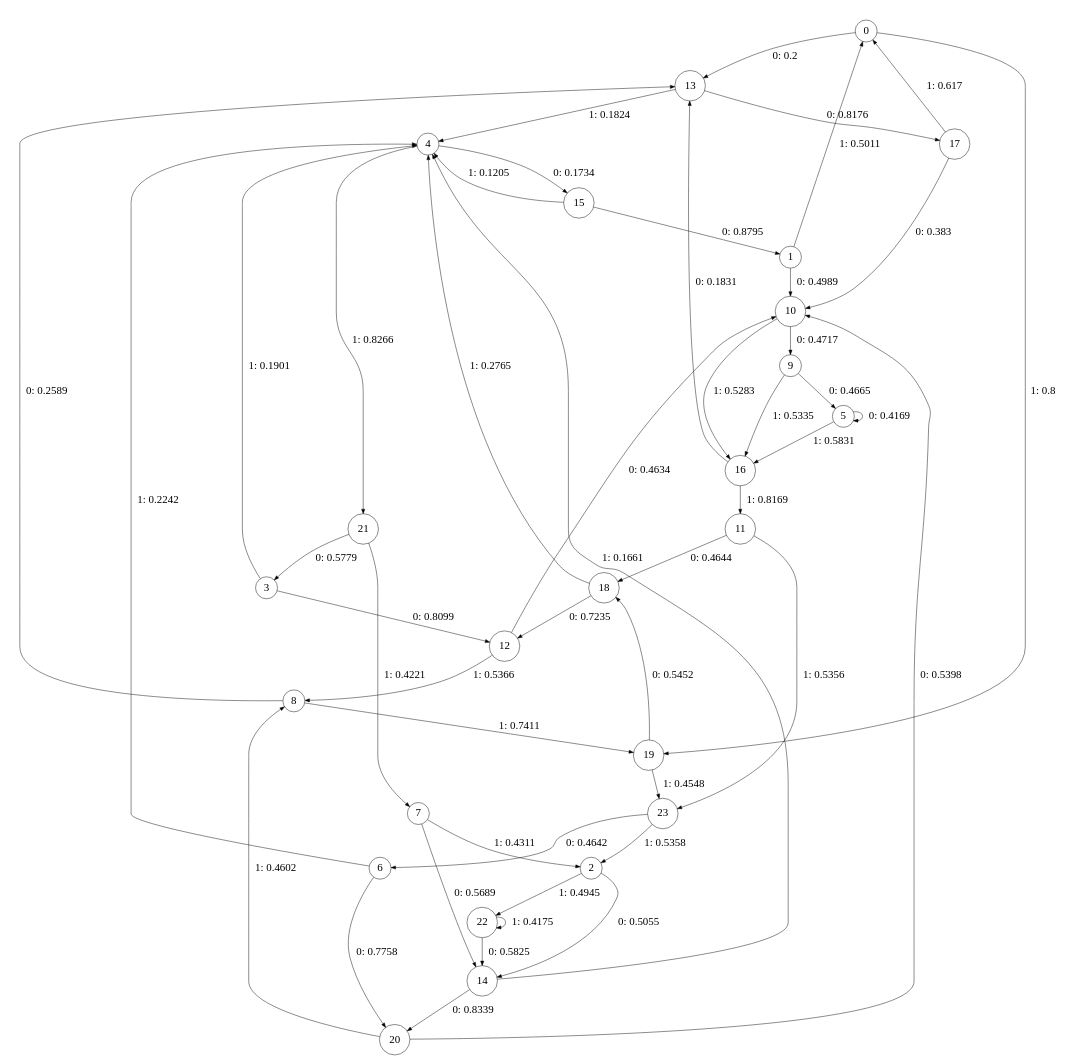
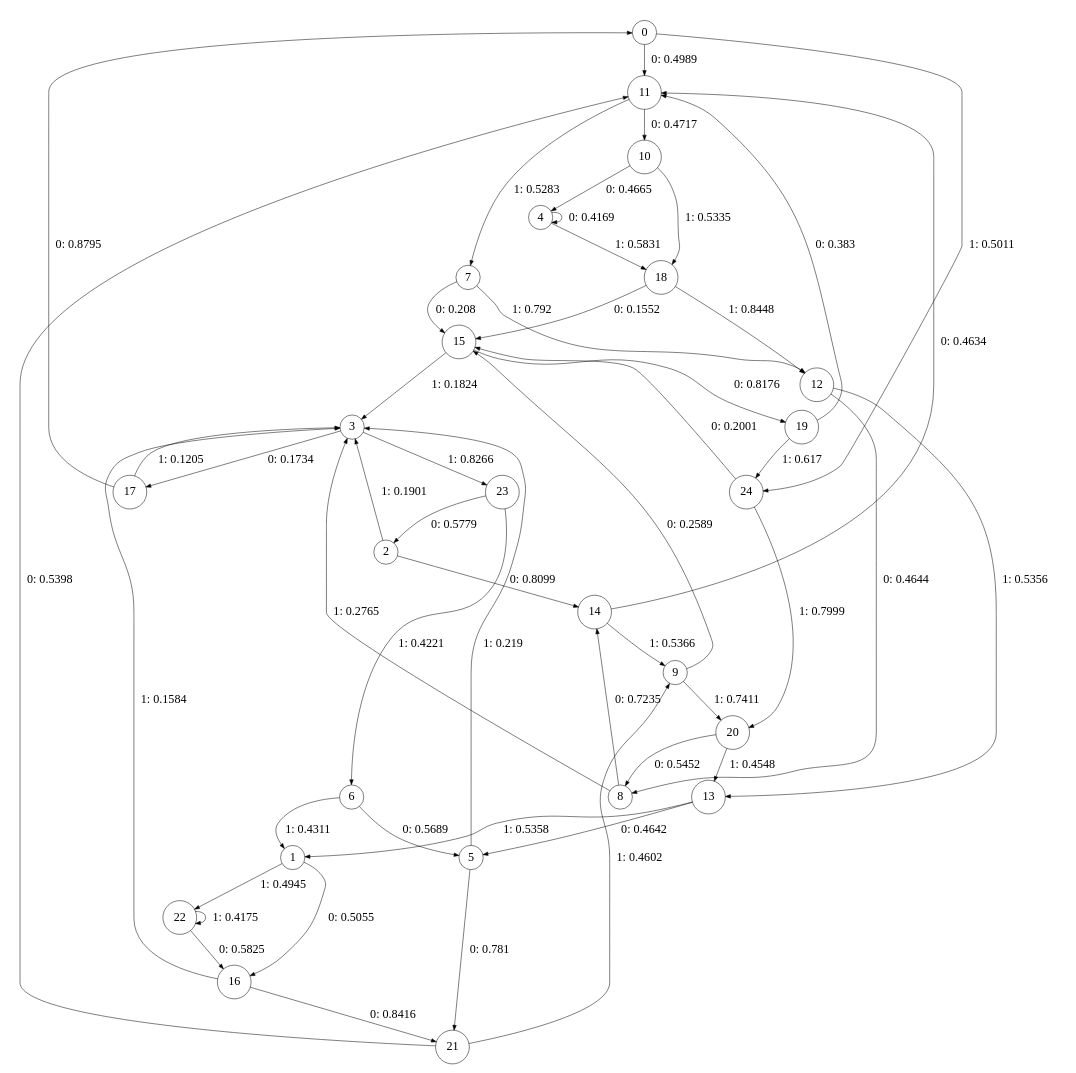
The diagram in cssr data/derivative split/phase 1/ch12faceL7_inf.dot (juliapaterson/summerproject), drawn with Graphviz before and after one commit. The commit also changed 1436 other files, not shown here.

```diff
--- a/cssr data/derivative split/phase 1/ch12faceL7_inf.dot
+++ b/cssr data/derivative split/phase 1/ch12faceL7_inf.dot
@@ -1,55 +1,57 @@
 digraph "ch12faceL7" {
 size = "6,8.5";
 ratio = "fill";
 node [shape = circle];
 node [fontsize = 24];
 edge [fontsize = 24];
-0 -> 13 [label = "0: 0.2      "];
-0 -> 19 [label = "1: 0.8      "];
-1 -> 10 [label = "0: 0.4989   "];
-1 -> 0 [label = "1: 0.5011   "];
-2 -> 14 [label = "0: 0.5055   "];
-2 -> 22 [label = "1: 0.4945   "];
-3 -> 12 [label = "0: 0.8099   "];
-3 -> 4 [label = "1: 0.1901   "];
-4 -> 15 [label = "0: 0.1734   "];
-4 -> 21 [label = "1: 0.8266   "];
-5 -> 5 [label = "0: 0.4169   "];
-5 -> 16 [label = "1: 0.5831   "];
-6 -> 20 [label = "0: 0.7758   "];
-6 -> 4 [label = "1: 0.2242   "];
-7 -> 14 [label = "0: 0.5689   "];
-7 -> 2 [label = "1: 0.4311   "];
-8 -> 13 [label = "0: 0.2589   "];
-8 -> 19 [label = "1: 0.7411   "];
-9 -> 5 [label = "0: 0.4665   "];
-9 -> 16 [label = "1: 0.5335   "];
-10 -> 9 [label = "0: 0.4717   "];
-10 -> 16 [label = "1: 0.5283   "];
-11 -> 18 [label = "0: 0.4644   "];
-11 -> 23 [label = "1: 0.5356   "];
-12 -> 10 [label = "0: 0.4634   "];
-12 -> 8 [label = "1: 0.5366   "];
-13 -> 17 [label = "0: 0.8176   "];
-13 -> 4 [label = "1: 0.1824   "];
-14 -> 20 [label = "0: 0.8339   "];
-14 -> 4 [label = "1: 0.1661   "];
-15 -> 1 [label = "0: 0.8795   "];
-15 -> 4 [label = "1: 0.1205   "];
-16 -> 13 [label = "0: 0.1831   "];
-16 -> 11 [label = "1: 0.8169   "];
-17 -> 10 [label = "0: 0.383    "];
-17 -> 0 [label = "1: 0.617    "];
-18 -> 12 [label = "0: 0.7235   "];
-18 -> 4 [label = "1: 0.2765   "];
-19 -> 18 [label = "0: 0.5452   "];
-19 -> 23 [label = "1: 0.4548   "];
-20 -> 10 [label = "0: 0.5398   "];
-20 -> 8 [label = "1: 0.4602   "];
-21 -> 3 [label = "0: 0.5779   "];
-21 -> 7 [label = "1: 0.4221   "];
-22 -> 14 [label = "0: 0.5825   "];
+0 -> 11 [label = "0: 0.4989   "];
+0 -> 24 [label = "1: 0.5011   "];
+1 -> 16 [label = "0: 0.5055   "];
+1 -> 22 [label = "1: 0.4945   "];
+2 -> 14 [label = "0: 0.8099   "];
+2 -> 3 [label = "1: 0.1901   "];
+3 -> 17 [label = "0: 0.1734   "];
+3 -> 23 [label = "1: 0.8266   "];
+4 -> 4 [label = "0: 0.4169   "];
+4 -> 18 [label = "1: 0.5831   "];
+5 -> 21 [label = "0: 0.781    "];
+5 -> 3 [label = "1: 0.219    "];
+6 -> 5 [label = "0: 0.5689   "];
+6 -> 1 [label = "1: 0.4311   "];
+7 -> 15 [label = "0: 0.208    "];
+7 -> 12 [label = "1: 0.792    "];
+8 -> 14 [label = "0: 0.7235   "];
+8 -> 3 [label = "1: 0.2765   "];
+9 -> 15 [label = "0: 0.2589   "];
+9 -> 20 [label = "1: 0.7411   "];
+10 -> 4 [label = "0: 0.4665   "];
+10 -> 18 [label = "1: 0.5335   "];
+11 -> 10 [label = "0: 0.4717   "];
+11 -> 7 [label = "1: 0.5283   "];
+12 -> 8 [label = "0: 0.4644   "];
+12 -> 13 [label = "1: 0.5356   "];
+13 -> 5 [label = "0: 0.4642   "];
+13 -> 1 [label = "1: 0.5358   "];
+14 -> 11 [label = "0: 0.4634   "];
+14 -> 9 [label = "1: 0.5366   "];
+15 -> 19 [label = "0: 0.8176   "];
+15 -> 3 [label = "1: 0.1824   "];
+16 -> 21 [label = "0: 0.8416   "];
+16 -> 3 [label = "1: 0.1584   "];
+17 -> 0 [label = "0: 0.8795   "];
+17 -> 3 [label = "1: 0.1205   "];
+18 -> 15 [label = "0: 0.1552   "];
+18 -> 12 [label = "1: 0.8448   "];
+19 -> 11 [label = "0: 0.383    "];
+19 -> 24 [label = "1: 0.617    "];
+20 -> 8 [label = "0: 0.5452   "];
+20 -> 13 [label = "1: 0.4548   "];
+21 -> 11 [label = "0: 0.5398   "];
+21 -> 9 [label = "1: 0.4602   "];
+22 -> 16 [label = "0: 0.5825   "];
 22 -> 22 [label = "1: 0.4175   "];
-23 -> 6 [label = "0: 0.4642   "];
-23 -> 2 [label = "1: 0.5358   "];
+23 -> 2 [label = "0: 0.5779   "];
+23 -> 6 [label = "1: 0.4221   "];
+24 -> 15 [label = "0: 0.2001   "];
+24 -> 20 [label = "1: 0.7999   "];
 }
```
